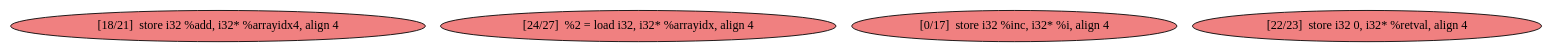
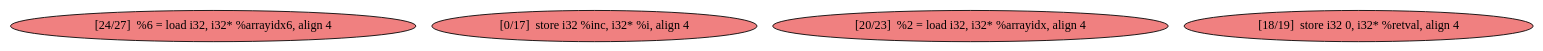
The diagram in playground/dots/array-calc-cross-it-dep/main.mdg.cg.dot.dot (harel-coffee/PParMetrics-auto), drawn with Graphviz before and after one commit. The commit also changed 304 other files, not shown here.

```diff
--- a/playground/dots/array-calc-cross-it-dep/main.mdg.cg.dot.dot
+++ b/playground/dots/array-calc-cross-it-dep/main.mdg.cg.dot.dot
@@ -1,12 +1,12 @@
 
 digraph G {
 
 
-node31 [fillcolor=lightcoral,label="[18/21]  store i32 %add, i32* %arrayidx4, align 4",shape=ellipse,style=filled ]
-node30 [fillcolor=lightcoral,label="[24/27]  %2 = load i32, i32* %arrayidx, align 4",shape=ellipse,style=filled ]
-node28 [fillcolor=lightcoral,label="[0/17]  store i32 %inc, i32* %i, align 4",shape=ellipse,style=filled ]
-node29 [fillcolor=lightcoral,label="[22/23]  store i32 0, i32* %retval, align 4",shape=ellipse,style=filled ]
+node31 [fillcolor=lightcoral,label="[24/27]  %6 = load i32, i32* %arrayidx6, align 4",shape=ellipse,style=filled ]
+node30 [fillcolor=lightcoral,label="[0/17]  store i32 %inc, i32* %i, align 4",shape=ellipse,style=filled ]
+node28 [fillcolor=lightcoral,label="[20/23]  %2 = load i32, i32* %arrayidx, align 4",shape=ellipse,style=filled ]
+node29 [fillcolor=lightcoral,label="[18/19]  store i32 0, i32* %retval, align 4",shape=ellipse,style=filled ]
 
 
 
 }
```
